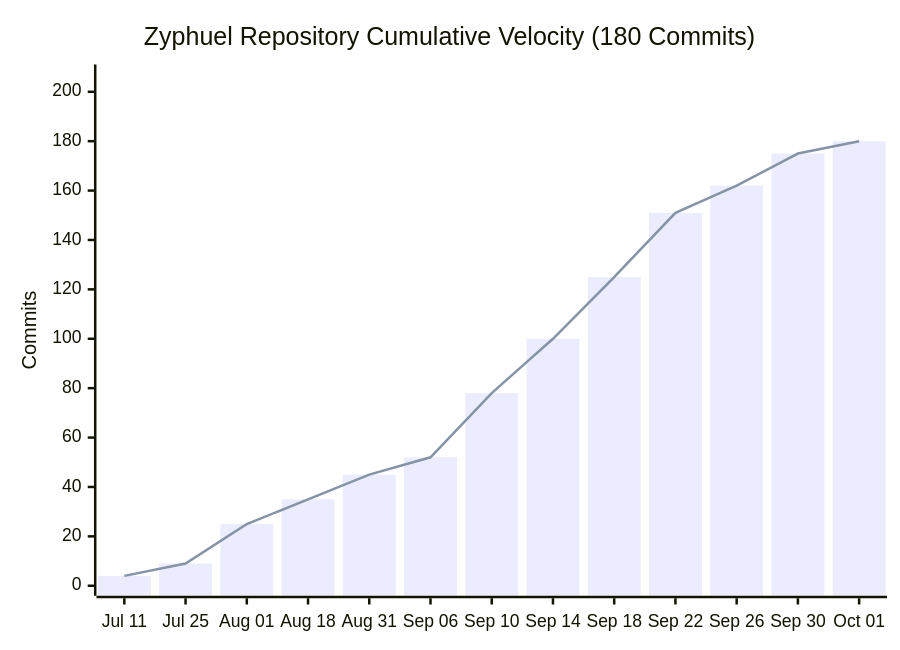
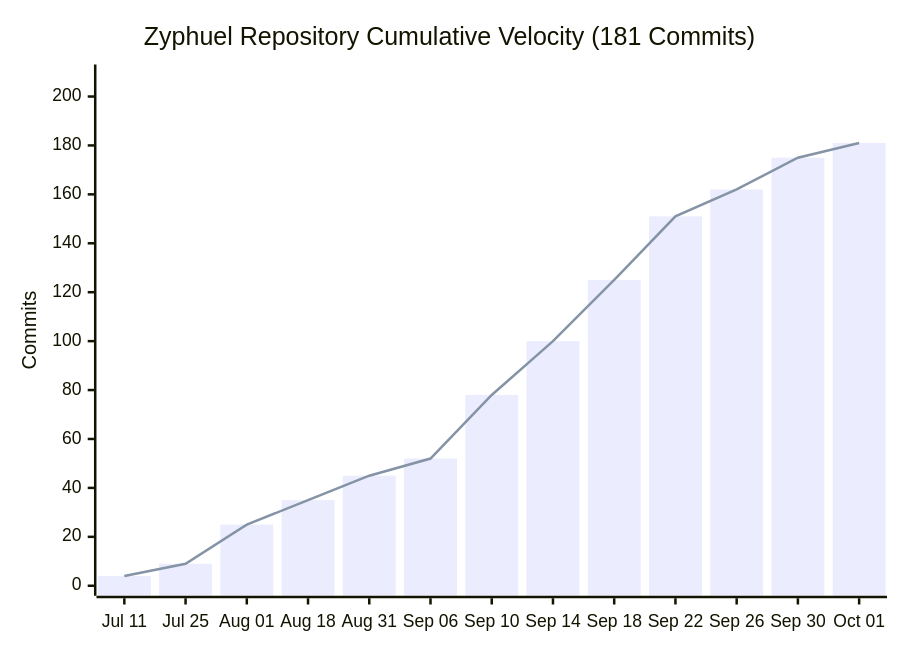
One commit to daniyal44/Zyphuel changed the diagram in README.md. Above: the diagram before and after it, drawn with Mermaid. The commit also changed other lines of this file and 33 other files, not shown here.

````diff
--- a/README.md
+++ b/README.md
@@ -155,8 +155,8 @@
 ```mermaid
 xychart-beta
-    title "Zyphuel Repository Cumulative Velocity (180 Commits)"
+    title "Zyphuel Repository Cumulative Velocity (181 Commits)"
     x-axis ["Jul 11", "Jul 25", "Aug 01", "Aug 18", "Aug 31", "Sep 06", "Sep 10", "Sep 14", "Sep 18", "Sep 22", "Sep 26", "Sep 30", "Oct 01"]
-    y-axis "Commits" 0 --> 207
-    bar [4, 9, 25, 35, 45, 52, 78, 100, 125, 151, 162, 175, 180]
-    line [4, 9, 25, 35, 45, 52, 78, 100, 125, 151, 162, 175, 180]
+    y-axis "Commits" 0 --> 209
+    bar [4, 9, 25, 35, 45, 52, 78, 100, 125, 151, 162, 175, 181]
+    line [4, 9, 25, 35, 45, 52, 78, 100, 125, 151, 162, 175, 181]
 ```
````
